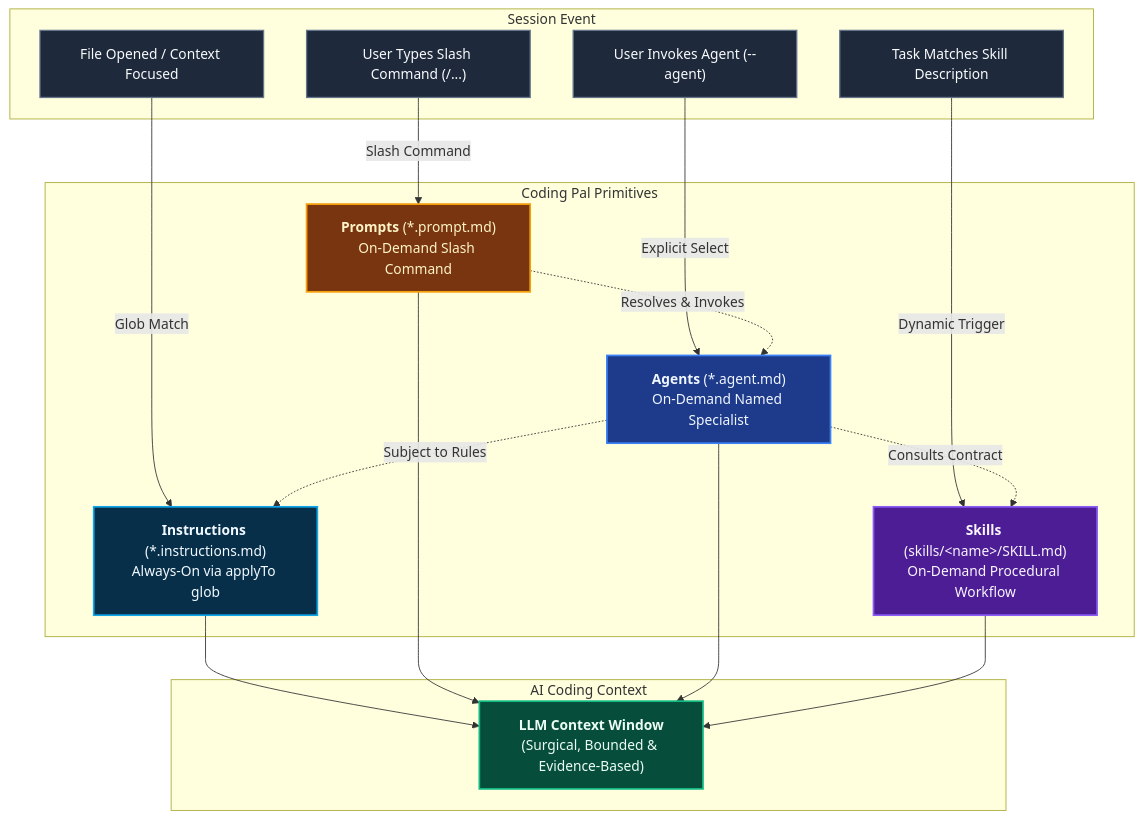
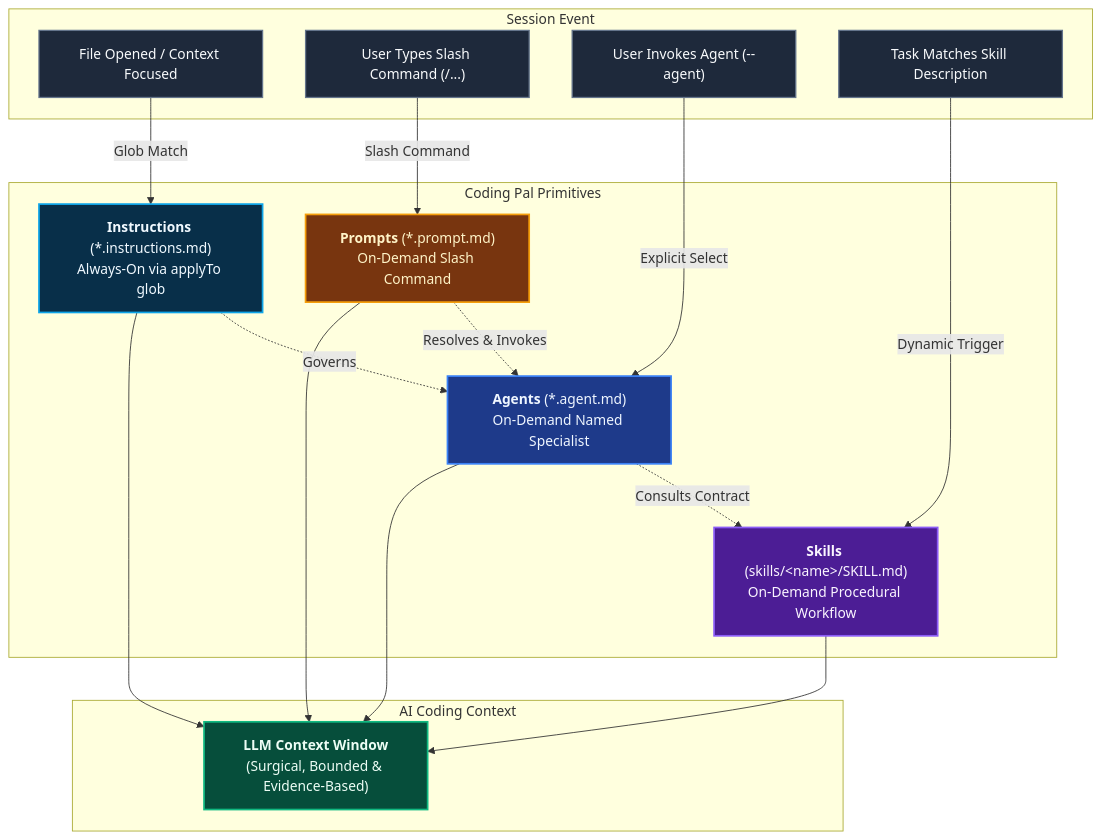
One commit to ALTEN-group/coding-pal changed the first of 3 diagrams in website/docs/guide/persistent-context.md. Above: the diagram before and after it, drawn with Mermaid. The commit also changed 3 other files, not shown here.

````diff
--- a/website/docs/guide/persistent-context.md
+++ b/website/docs/guide/persistent-context.md
@@ -9,45 +9,45 @@
 ```mermaid
 ---
 caption: Persistent Context Loading Mechanism
 ---
 flowchart TD
     subgraph Trigger ["Session Event"]
         E1["File Opened / Context Focused"]
         E2["User Types Slash Command (/...)"]
         E3["User Invokes Agent (--agent)"]
         E4["Task Matches Skill Description"]
     end
 
     subgraph Catalog ["Coding Pal Primitives"]
         I["<b>Instructions</b> (*.instructions.md)<br/>Always-On via applyTo glob"]
         P["<b>Prompts</b> (*.prompt.md)<br/>On-Demand Slash Command"]
         A["<b>Agents</b> (*.agent.md)<br/>On-Demand Named Specialist"]
         S["<b>Skills</b> (skills/&lt;name&gt;/SKILL.md)<br/>On-Demand Procedural Workflow"]
     end
 
     subgraph Execution ["AI Coding Context"]
         CTX["<b>LLM Context Window</b><br/>(Surgical, Bounded & Evidence-Based)"]
     end
 
     E1 -->|Glob Match| I --> CTX
     E2 -->|Slash Command| P --> CTX
     E3 -->|Explicit Select| A --> CTX
     E4 -->|Dynamic Trigger| S --> CTX
+    I -.->|Governs| A
     P -.->|Resolves & Invokes| A
     A -.->|Consults Contract| S
-    A -.->|Subject to Rules| I
 
     classDef instruction fill:#082f49,stroke:#0ea5e9,stroke-width:2px,color:#f0f9ff;
     classDef agent fill:#1e3a8a,stroke:#3b82f6,stroke-width:2px,color:#eff6ff;
     classDef skill fill:#4c1d95,stroke:#8b5cf6,stroke-width:2px,color:#faf5ff;
     classDef prompt fill:#78350f,stroke:#f59e0b,stroke-width:2px,color:#fef3c7;
     classDef execution fill:#064e3b,stroke:#10b981,stroke-width:2px,color:#ecfdf5;
     classDef event fill:#1e293b,stroke:#64748b,stroke-width:1.5px,color:#f8fafc;
 
     class I instruction;
     class P prompt;
     class A agent;
     class S skill;
     class CTX execution;
     class E1,E2,E3,E4 event;
 ```
````
